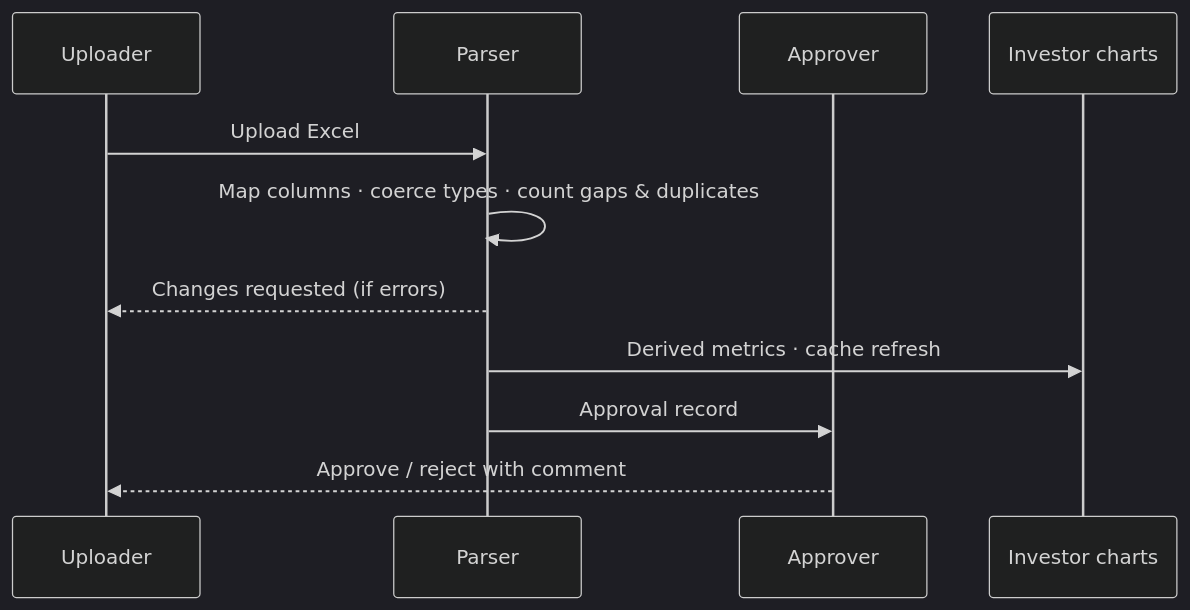
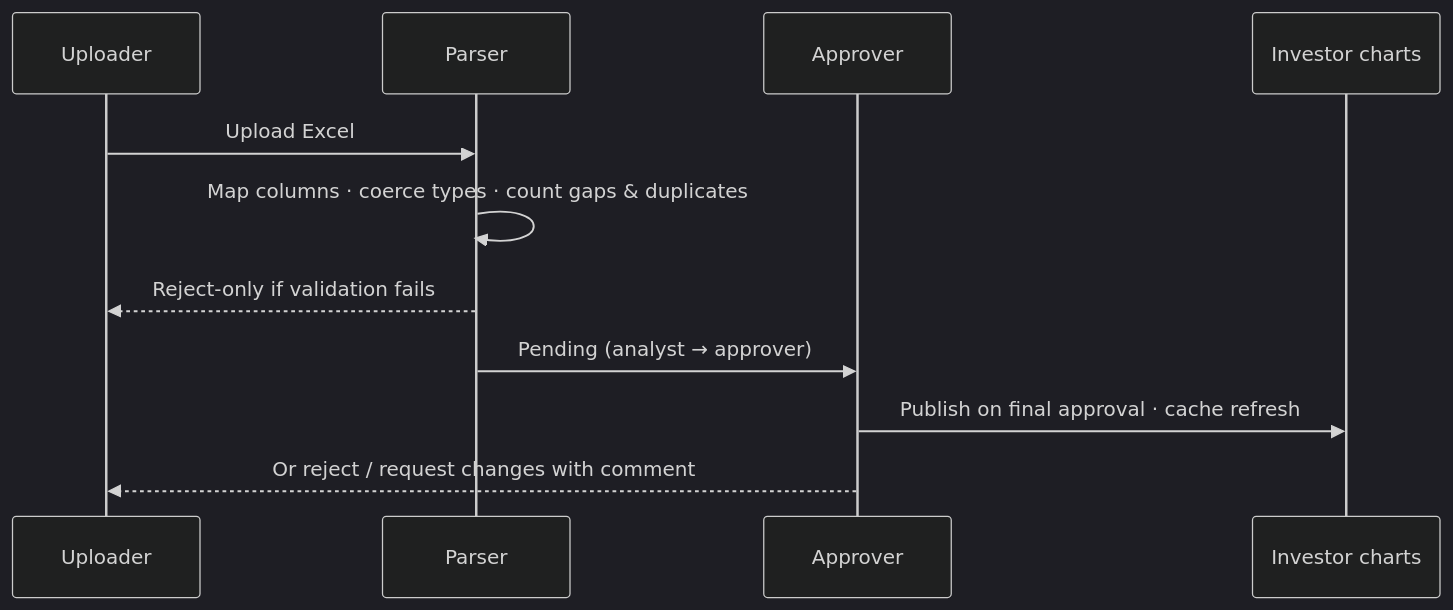
Before and after one commit to fawaskoya/real-estate-group-portal: the second of 2 diagrams in README.md, drawn with Mermaid (dark theme). The commit also changed other lines of this file and 10 other files, not shown here.

````diff
--- a/README.md
+++ b/README.md
@@ -70,13 +85,13 @@
 ```mermaid
 sequenceDiagram
     participant U as Uploader
     participant P as Parser
     participant A as Approver
     participant S as Investor charts
     U->>P: Upload Excel
     P->>P: Map columns · coerce types · count gaps & duplicates
-    P-->>U: Changes requested (if errors)
-    P->>S: Derived metrics · cache refresh
-    P->>A: Approval record
-    A-->>U: Approve / reject with comment
+    P-->>U: Reject-only if validation fails
+    P->>A: Pending (analyst → approver)
+    A->>S: Publish on final approval · cache refresh
+    A-->>U: Or reject / request changes with comment
 ```
````
